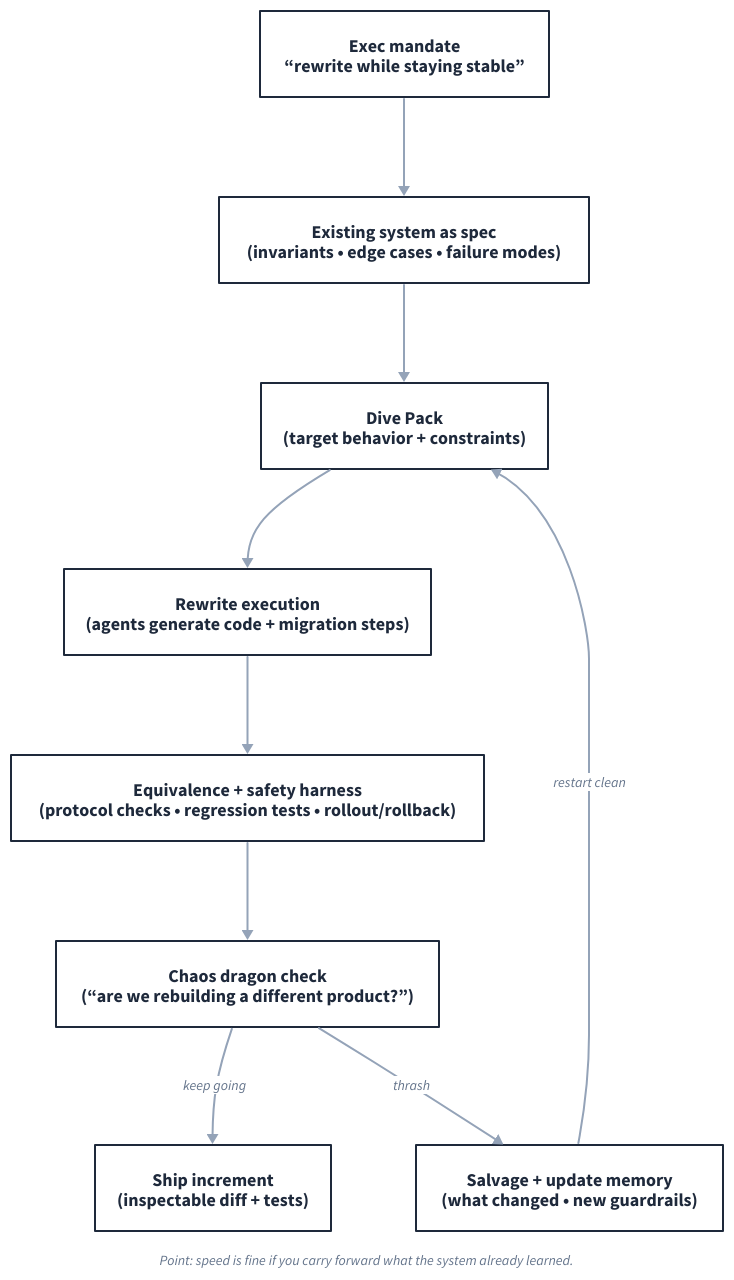
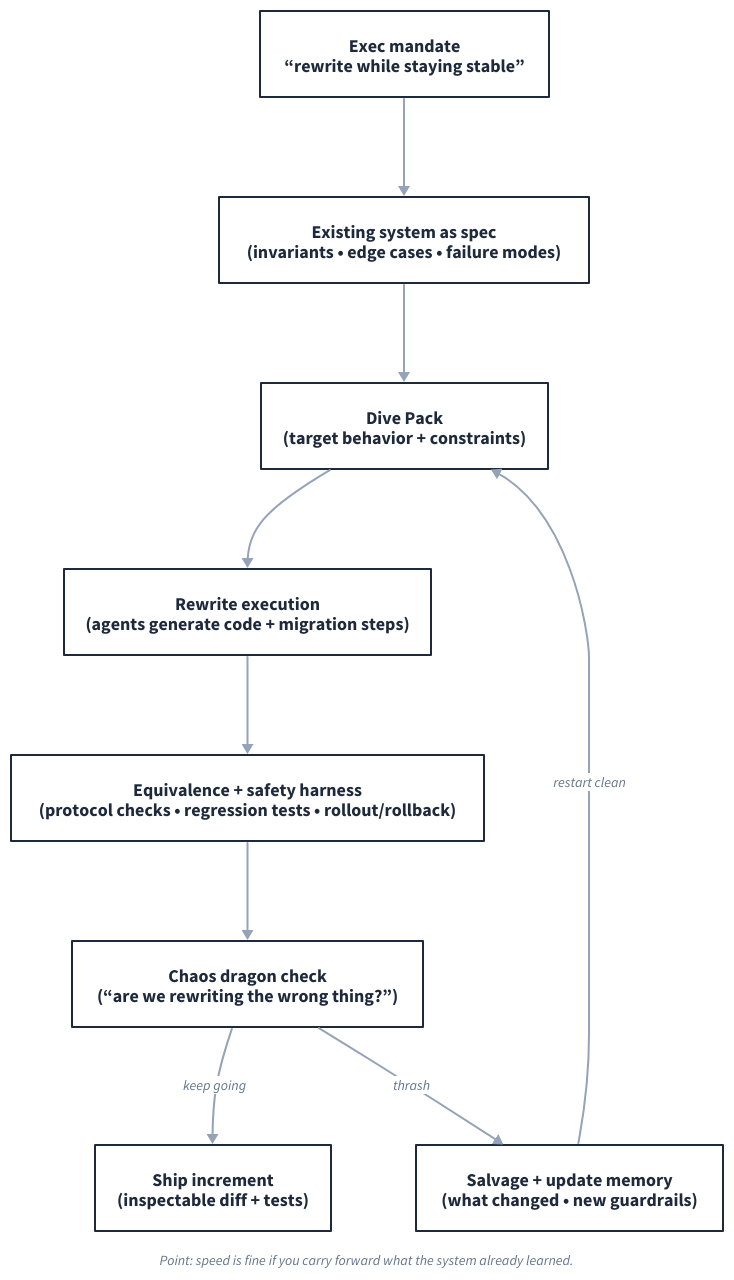
Before and after one commit to muness/muness.github.io: the diagram in viz/rewrite-with-safety-harness.d2, drawn with D2. The commit also changed 8 other files, not shown here.

```diff
--- a/viz/rewrite-with-safety-harness.d2
+++ b/viz/rewrite-with-safety-harness.d2
@@ -1,104 +1,104 @@
 direction: down
 
 vars: {
   center-color: "#64748B"
   accent-color: "#94A3B8"
   text-color: "#1E293B"
   subtitle-color: "#64748B"
 }
 
 classes: {
   box: {
     style: {
       stroke: ${text-color}
       stroke-width: 2
       fill: "#FFFFFF"
       font-color: ${text-color}
       font-size: 18
       bold: true
     }
   }
   edge: {
     style: {
       stroke: ${accent-color}
       stroke-width: 2
       font-color: ${subtitle-color}
       font-size: 14
     }
   }
   note: {
     shape: text
     style: {
       font-color: ${subtitle-color}
       font-size: 14
       italic: true
     }
   }
 }
 
 mandate: {
   class: box
   label: "Exec mandate\n“rewrite while staying stable”"
 }
 
 spec: {
   class: box
   label: "Existing system as spec\n(invariants • edge cases • failure modes)"
 }
 
 dive: {
   class: box
   label: "Dive Pack\n(target behavior + constraints)"
 }
 
 run: {
   class: box
   label: "Rewrite execution\n(agents generate code + migration steps)"
 }
 
 gates: {
   class: box
   label: "Equivalence + safety harness\n(protocol checks • regression tests • rollout/rollback)"
 }
 
-drift: {
+check: {
   class: box
-  label: "Chaos dragon check\n(“are we rebuilding a different product?”)"
+  label: "Chaos dragon check\n(“are we rewriting the wrong thing?”)"
 }
 
 ship: {
   class: box
   label: "Ship increment\n(inspectable diff + tests)"
 }
 
 salvage: {
   class: box
   label: "Salvage + update memory\n(what changed • new guardrails)"
 }
 
 mandate -> spec: {class: edge}
 spec -> dive: {class: edge}
 dive -> run: {class: edge}
 run -> gates: {class: edge}
-gates -> drift: {class: edge}
+gates -> check: {class: edge}
 
-drift -> ship: {
+check -> ship: {
   class: edge
   label: "keep going"
 }
 
-drift -> salvage: {
+check -> salvage: {
   class: edge
   label: "thrash"
 }
 
 salvage -> dive: {
   class: edge
   label: "restart clean"
 }
 
 caption: {
   class: note
   label: "Point: speed is fine if you carry forward what the system already learned."
   near: bottom-center
 }
```
